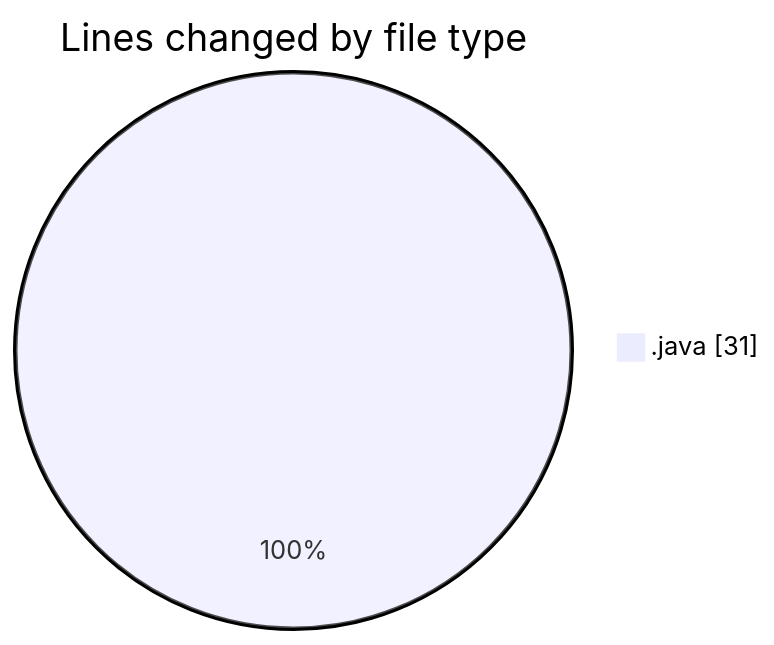
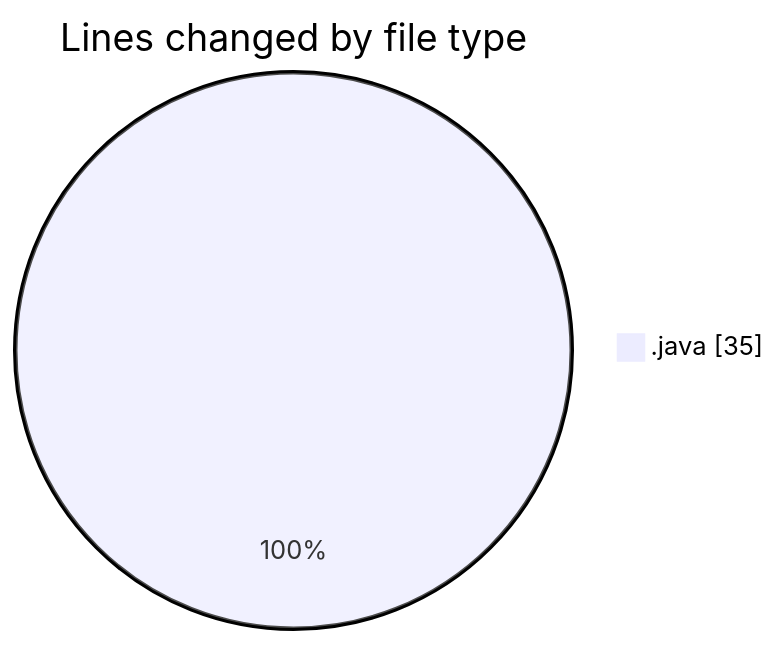
Before and after one commit to NitaiMahat/code-tracking: the first of 2 diagrams in 2025-02-11/coding_prac_4/README.md, drawn with Mermaid. The commit also changed other lines of this file and 1 other file, not shown here.

````diff
--- a/2025-02-11/coding_prac_4/README.md
+++ b/2025-02-11/coding_prac_4/README.md
@@ -20,5 +21,5 @@
 ```mermaid
 pie showData
 title Lines changed by file type
-".java" : 31
+".java" : 35
 ```
````
